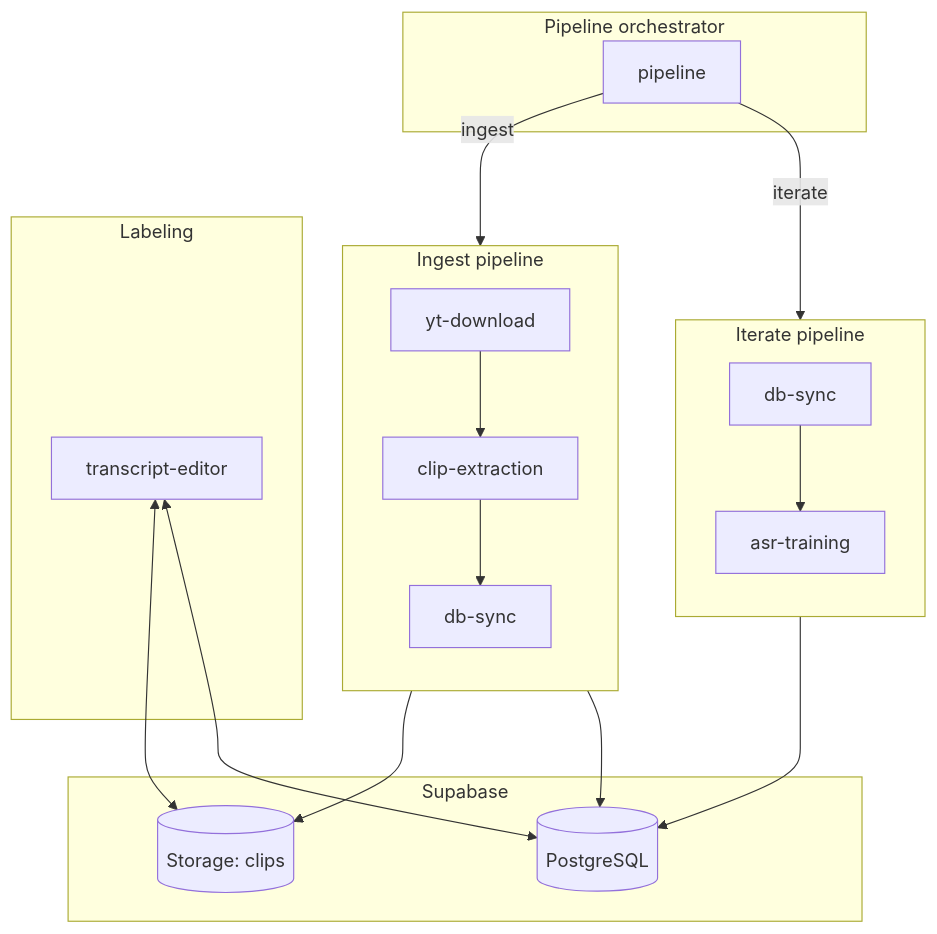
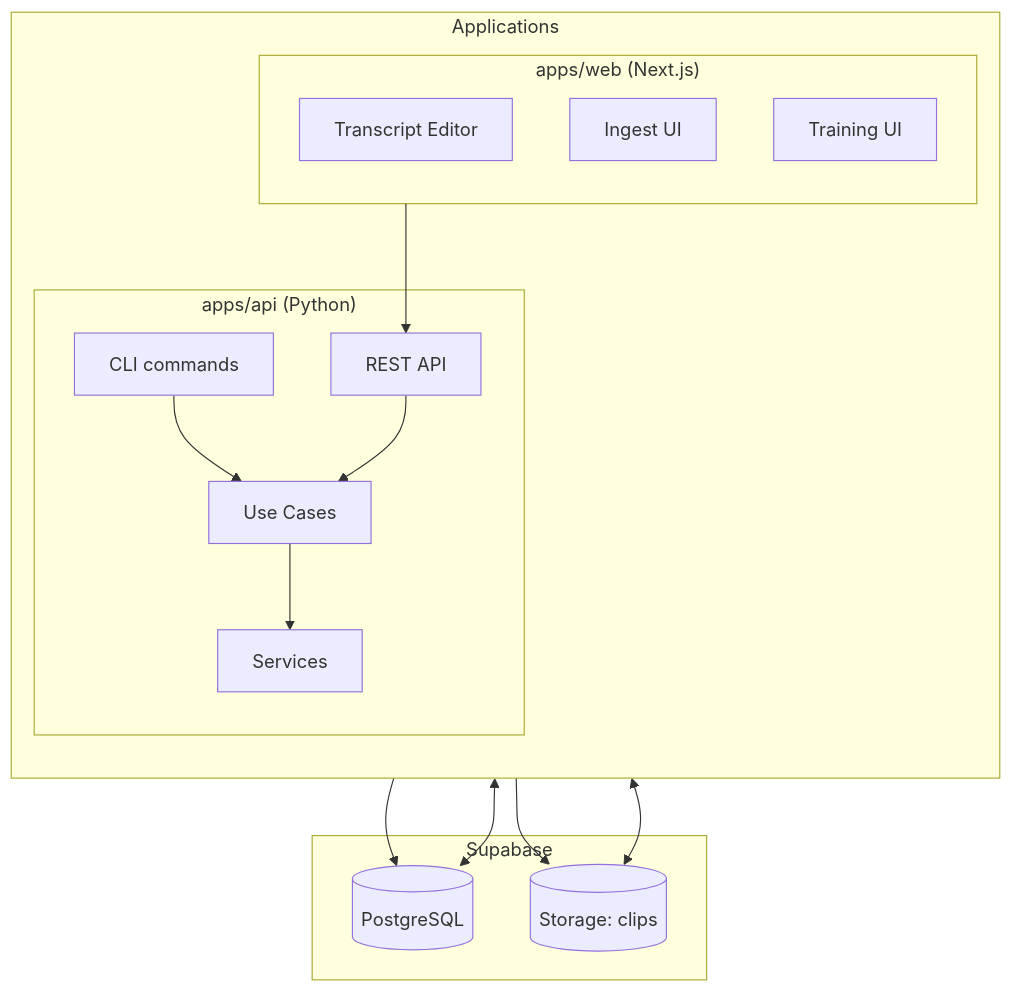
The diagram in docs/architecture.md (ny-randriantsarafara/ny-feoko), drawn with Mermaid before and after one commit. The commit also changed other lines of this file and 7 other files, not shown here.

First line of the commit message:
docs: update documentation and notebooks for new architecture

````diff
--- a/docs/architecture.md
+++ b/docs/architecture.md
@@ -31,40 +31,31 @@
 ```mermaid
 flowchart TB
-    subgraph Ingest["Ingest pipeline"]
+    subgraph Apps["Applications"]
         direction TB
-        YD[yt-download]
-        CE[clip-extraction]
-        DS1[db-sync]
-        YD --> CE
-        CE --> DS1
-    end
-
-    subgraph Orchestration["Pipeline orchestrator"]
-        PIPE[pipeline]
+        subgraph API["apps/api (Python)"]
+            CLI[CLI commands]
+            REST[REST API]
+            UC[Use Cases]
+            SVC[Services]
+        end
+        subgraph Web["apps/web (Next.js)"]
+            TE[Transcript Editor]
+            INGEST[Ingest UI]
+            TRAIN[Training UI]
+        end
     end
 
     subgraph Supabase["Supabase"]
         DB[(PostgreSQL)]
         STORAGE[(Storage: clips)]
     end
 
-    subgraph Labeling["Labeling"]
-        TE[transcript-editor]
-    end
-
-    subgraph Iterate["Iterate pipeline"]
-        direction TB
-        DS2[db-sync]
-        ASR[asr-training]
-        DS2 --> ASR
-    end
-
-    DS1 --> DB
-    DS1 --> STORAGE
+    CLI --> UC
+    REST --> UC
+    UC --> SVC
+    SVC --> DB
+    SVC --> STORAGE
     TE <--> DB
     TE <--> STORAGE
-    ASR --> DB
-
-    PIPE -->|ingest| Ingest
-    PIPE -->|iterate| Iterate
+    Web --> REST
 ```
````
